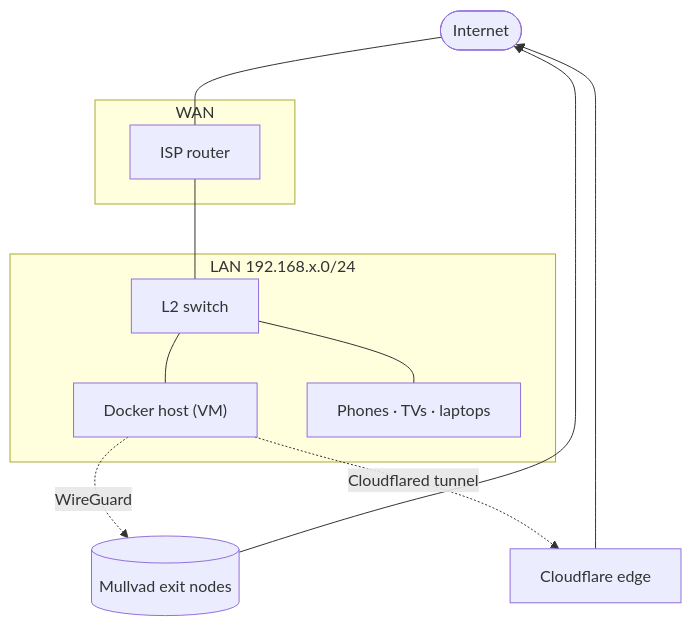
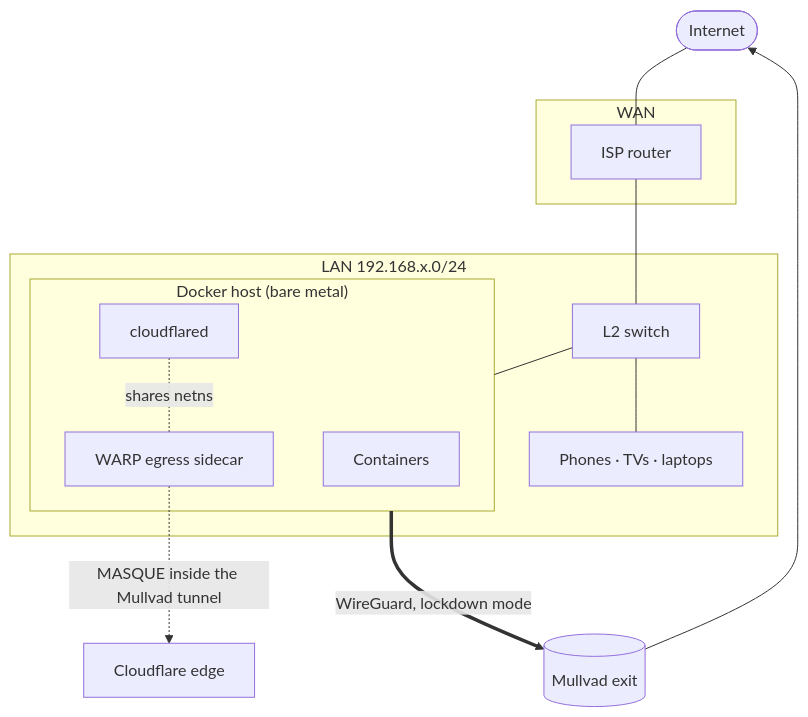
One commit to MrTorriz/homelab changed the first of 3 diagrams in docs/architecture.md. Above: the diagram before and after it, drawn with Mermaid. The commit also changed other lines of this file and 50 other files, not shown here.

First line of the commit message:
docs: refresh the showcase for the bare-metal host (#20)

````diff
--- a/docs/architecture.md
+++ b/docs/architecture.md
@@ -7,22 +7,25 @@
 ```mermaid
 flowchart TB
     Internet([Internet])
     subgraph WAN
         ISP[ISP router]
     end
     subgraph LAN[LAN 192.168.x.0/24]
         SW[L2 switch]
-        Host["Docker host (VM)"]
+        subgraph Host["Docker host (bare metal)"]
+            Apps[Containers]
+            Egress[WARP egress sidecar]
+            CFD[cloudflared]
+        end
         Clients[Phones · TVs · laptops]
     end
 
     Internet --- ISP --- SW
     SW --- Host
     SW --- Clients
 
-    Host -. WireGuard .-> Mullvad[(Mullvad exit nodes)]
+    Host ==>|WireGuard, lockdown mode| Mullvad[(Mullvad exit)]
     Mullvad --> Internet
-
-    Host -. Cloudflared tunnel .-> CF[Cloudflare edge]
-    CF --> Internet
+    CFD -.-|shares netns| Egress
+    Egress -.->|MASQUE inside the Mullvad tunnel| CF[Cloudflare edge]
 ```
````
